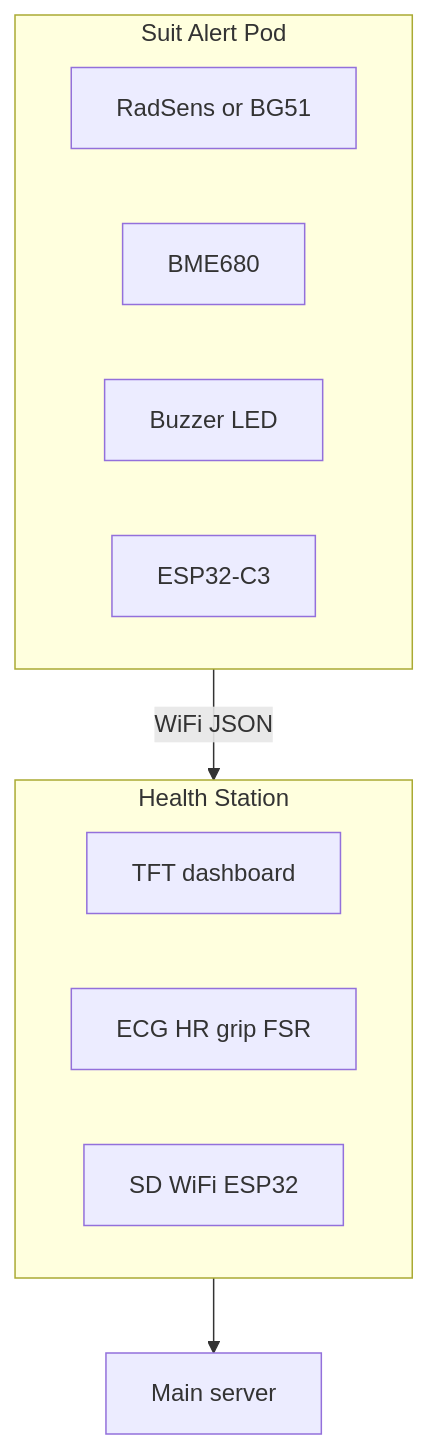
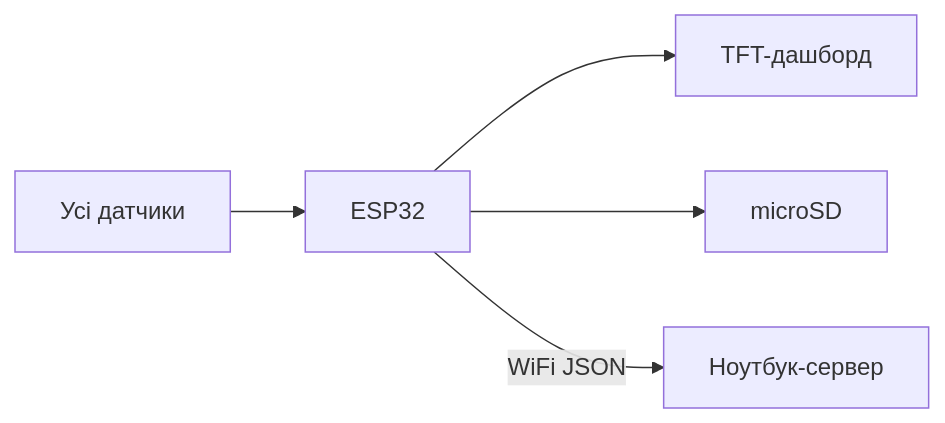
One commit to ovrmiha-kpi/Pulsar changed the diagram in Physik/PLAN.md. Above: the diagram before and after it, drawn with Mermaid. The commit also changed other lines of this file and 17 other files, not shown here.

````diff
--- a/Physik/PLAN.md
+++ b/Physik/PLAN.md
@@ -26,16 +16,7 @@
 ```mermaid
-flowchart TB
-  subgraph suit [Suit Alert Pod]
-    Rad[RadSens or BG51]
-    Air[BME680]
-    Buzz[Buzzer LED]
-    C3[ESP32-C3]
-  end
-  subgraph station [Health Station]
-    TFT[TFT dashboard]
-    Med[ECG HR grip FSR]
-    SD[SD WiFi ESP32]
-  end
-  suit -->|WiFi JSON| station
-  station --> Server[Main server]
+flowchart LR
+  Sensors[Усі датчики] --> MCU[ESP32]
+  MCU --> TFT[TFT-дашборд]
+  MCU --> SD[microSD]
+  MCU -->|WiFi JSON| Laptop[Ноутбук-сервер]
 ```
````
